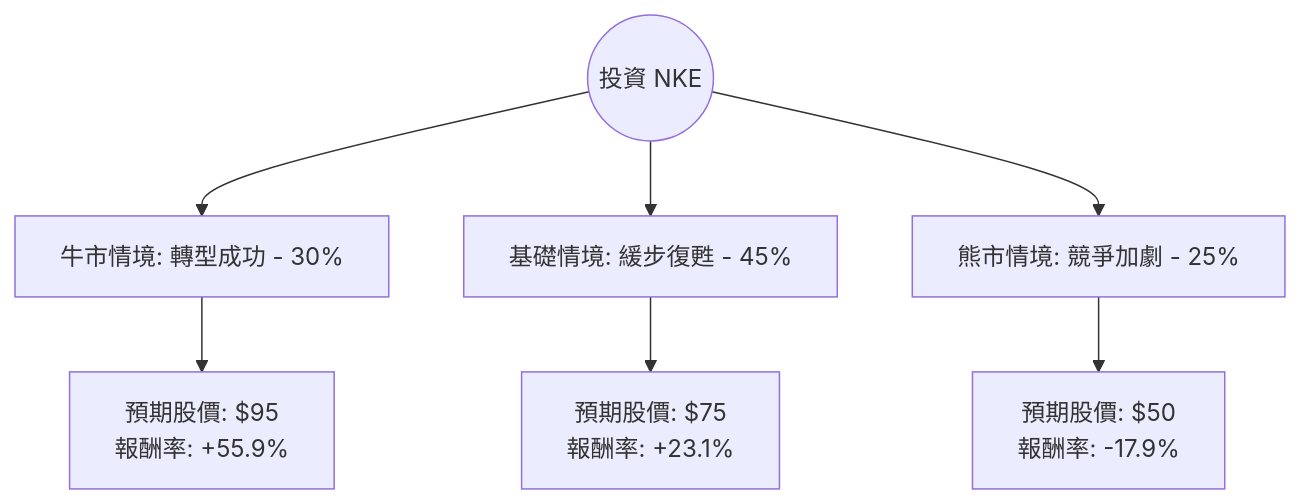
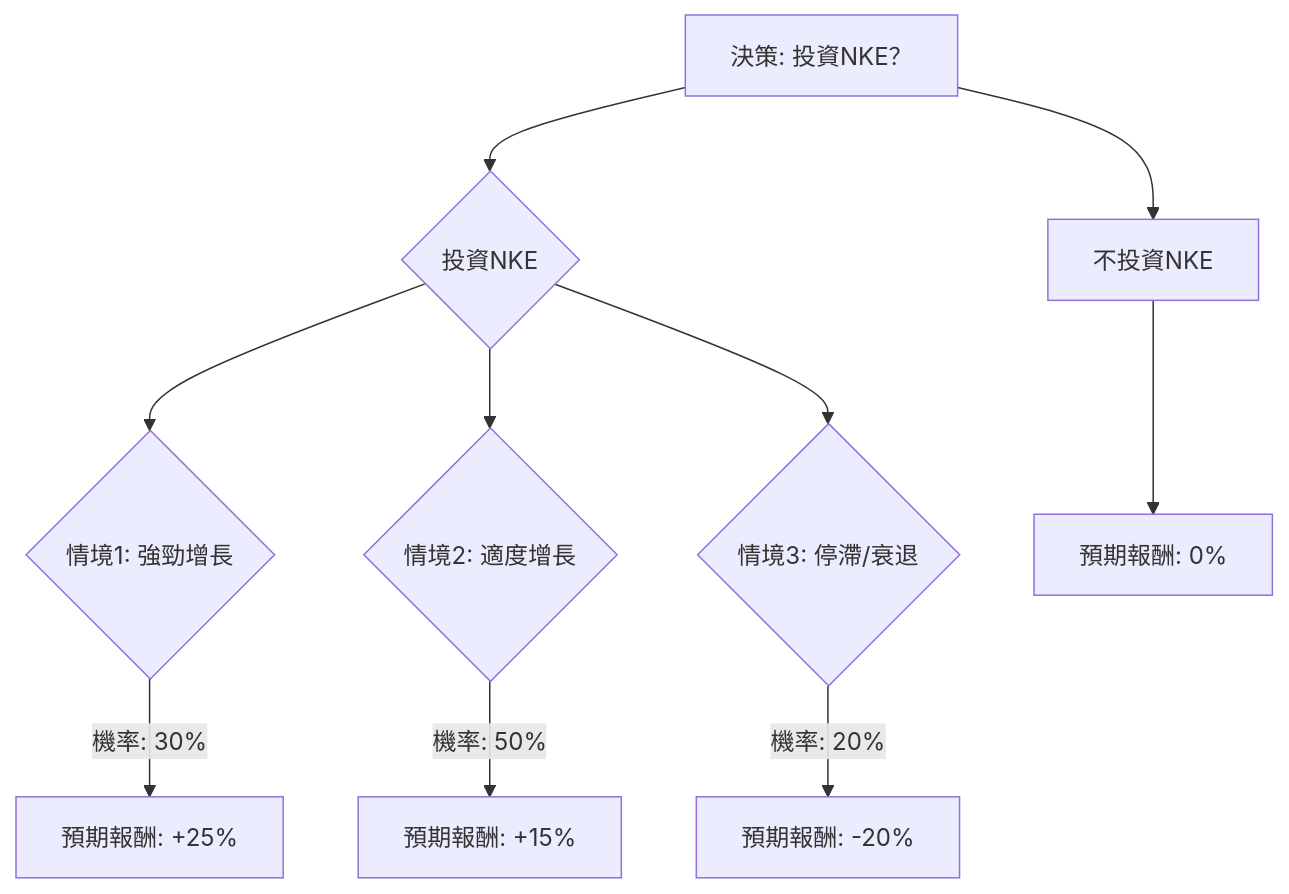
Before and after one commit to zmcx16/zmcx16.github.io: the diagram in plugin-react/ai-analysis/ev-analysis/NKE.md, drawn with Mermaid. The commit also changed other lines of this file and 45 other files, not shown here.

````diff
--- a/plugin-react/ai-analysis/ev-analysis/NKE.md
+++ b/plugin-react/ai-analysis/ev-analysis/NKE.md
@@ -21,10 +27,15 @@
 ```mermaid
 graph TD
-    Start((投資 NKE)) --> Bull[牛市情境: 轉型成功 - 30%]
-    Start --> Base[基礎情境: 緩步復甦 - 45%]
-    Start --> Bear[熊市情境: 競爭加劇 - 25%]
+    A[決策: 投資NKE？] --> B{投資NKE}
+    A --> C[不投資NKE]
 
-    Bull --> Bull_EV[預期股價: $95 <br> 報酬率: +55.9%]
-    Base --> Base_EV[預期股價: $75 <br> 報酬率: +23.1%]
-    Bear --> Bear_EV[預期股價: $50 <br> 報酬率: -17.9%]
+    B --> D{情境1: 強勁增長}
+    B --> E{情境2: 適度增長}
+    B --> F{情境3: 停滯/衰退}
+
+    D -- 機率: 30% --> D1[預期報酬: +25%]
+    E -- 機率: 50% --> E1[預期報酬: +15%]
+    F -- 機率: 20% --> F1[預期報酬: -20%]
+
+    C --> C1[預期報酬: 0%]
 ```
````
